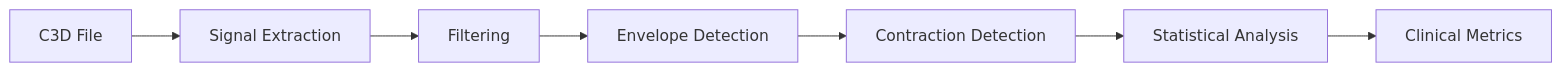
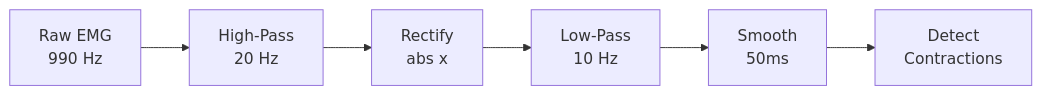
The diagram in docusaurus/docs/signal-processing/overview.md (ggustin93/emg-c3d-analyzer), drawn with Mermaid before and after one commit. The commit also changed other lines of this file and 13 other files, not shown here.

````diff
--- a/docusaurus/docs/signal-processing/overview.md
+++ b/docusaurus/docs/signal-processing/overview.md
@@ -12,9 +14,8 @@
 ```mermaid
 graph LR
-    A[C3D File] --> B[Signal Extraction]
-    B --> C[Filtering]
-    C --> D[Envelope Detection]
-    D --> E[Contraction Detection]
-    E --> F[Statistical Analysis]
-    F --> G[Clinical Metrics]
+    A[Raw EMG<br/>990 Hz] --> B[High-Pass<br/>20 Hz]
+    B --> C[Rectify<br/>abs x]
+    C --> D[Low-Pass<br/>10 Hz]
+    D --> E[Smooth<br/>50ms]
+    E --> F[Detect<br/>Contractions]
 ```
````
